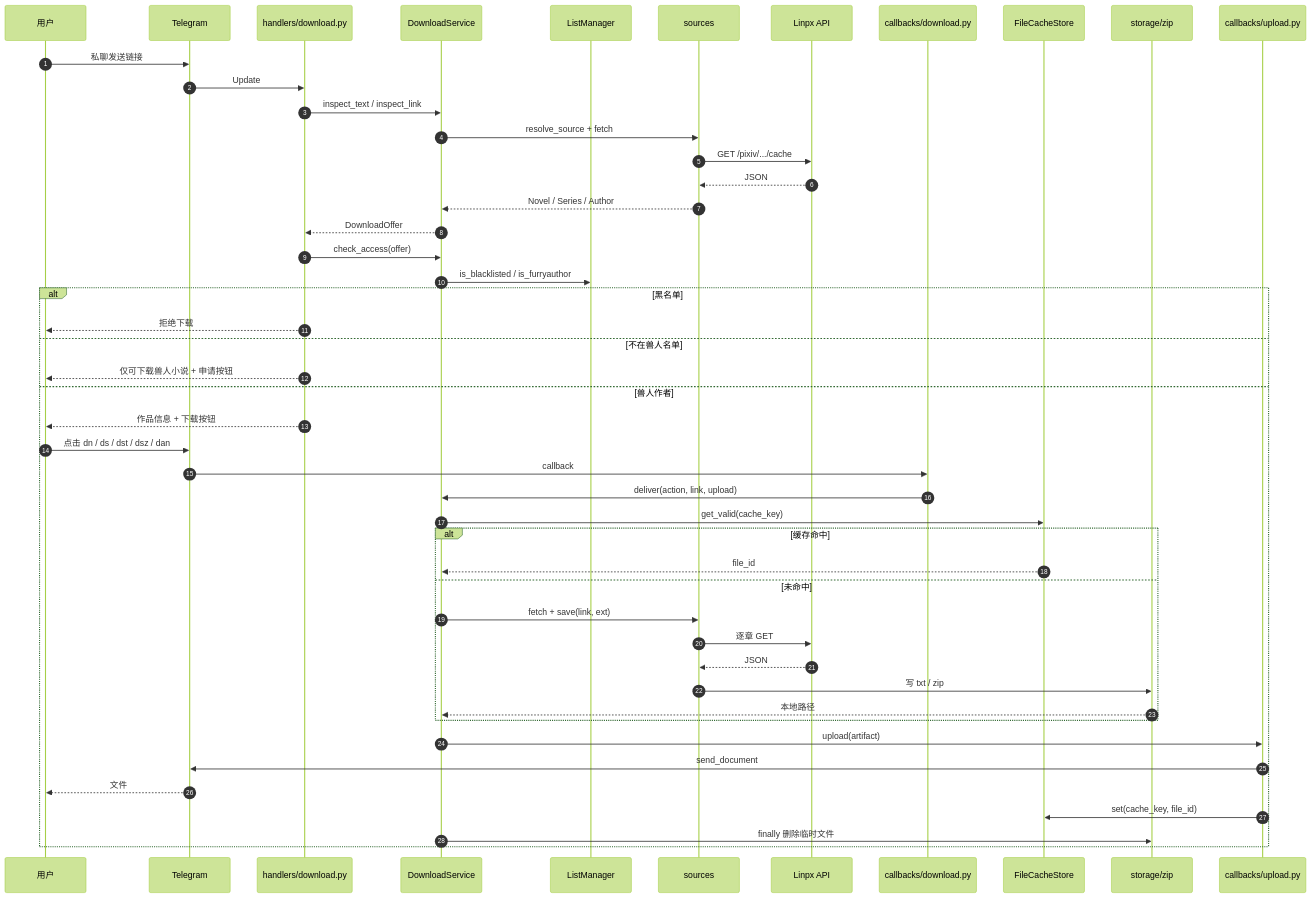
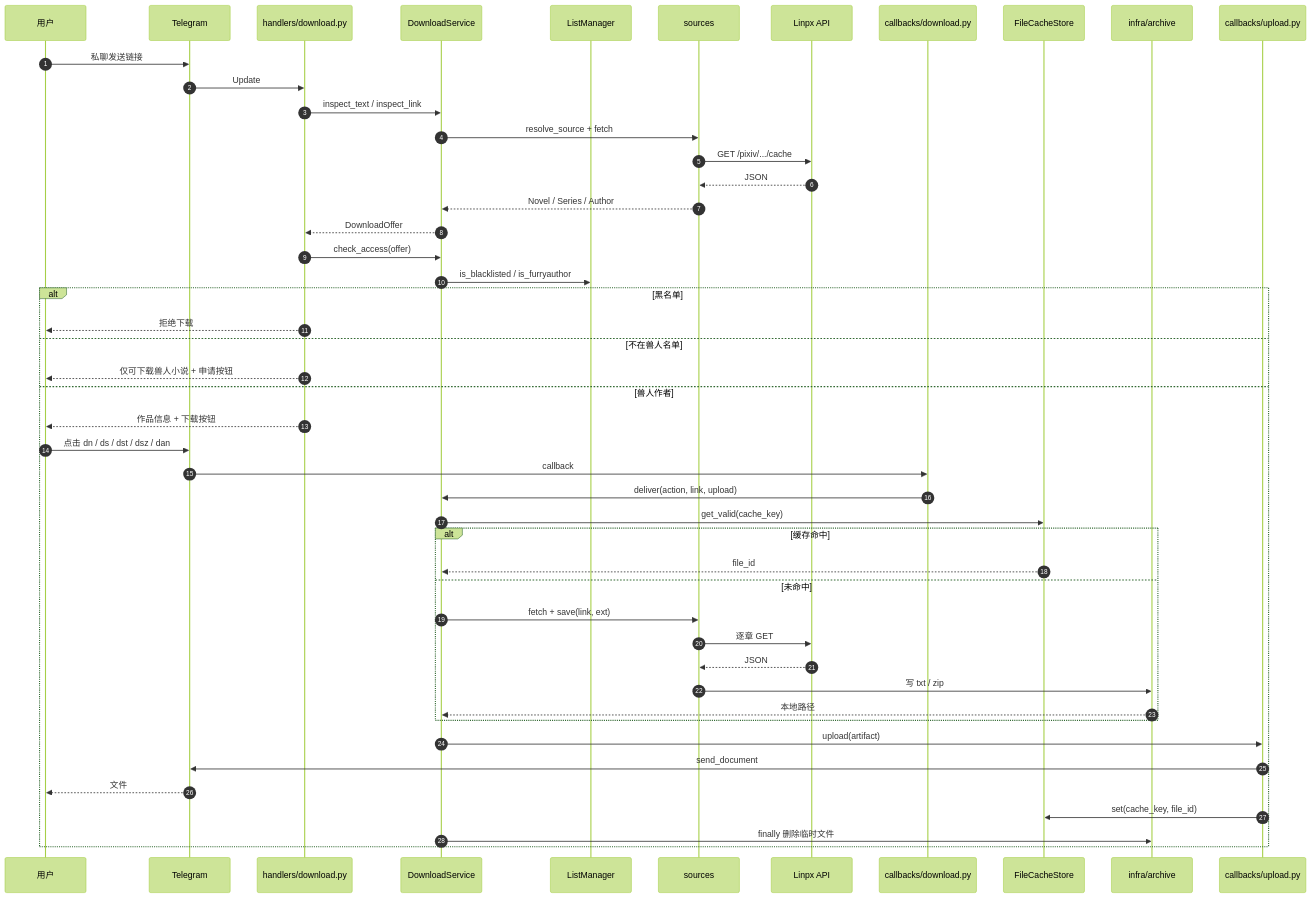
Before and after one commit to DowneyRem/FurryReadingBot: the second of 6 diagrams in docs/03-项目架构说明.md, drawn with Mermaid (forest theme). The commit also changed other lines of this file and 1 other file, not shown here.

First line of the commit message:
Docs：同步 storage / infra 拆分说明

````diff
--- a/docs/03-项目架构说明.md
+++ b/docs/03-项目架构说明.md
@@ -186,51 +192,51 @@
 ```mermaid
 sequenceDiagram
     autonumber
     participant U as 用户
     participant TG as Telegram
     participant H as handlers/download.py
     participant SVC as DownloadService
     participant L as ListManager
     participant S as sources
     participant API as Linpx API
     participant CB as callbacks/download.py
     participant C as FileCacheStore
-    participant FS as storage/zip
+    participant FS as infra/archive
     participant UP as callbacks/upload.py
 
     U->>TG: 私聊发送链接
     TG->>H: Update
     H->>SVC: inspect_text / inspect_link
     SVC->>S: resolve_source + fetch
     S->>API: GET /pixiv/.../cache
     API-->>S: JSON
     S-->>SVC: Novel / Series / Author
     SVC-->>H: DownloadOffer
     H->>SVC: check_access(offer)
     SVC->>L: is_blacklisted / is_furryauthor
     alt 黑名单
         H-->>U: 拒绝下载
     else 不在兽人名单
         H-->>U: 仅可下载兽人小说 + 申请按钮
     else 兽人作者
         H-->>U: 作品信息 + 下载按钮
         U->>TG: 点击 dn / ds / dst / dsz / dan
         TG->>CB: callback
         CB->>SVC: deliver(action, link, upload)
         SVC->>C: get_valid(cache_key)
         alt 缓存命中
             C-->>SVC: file_id
         else 未命中
             SVC->>S: fetch + save(link, ext)
             S->>API: 逐章 GET
             API-->>S: JSON
             S->>FS: 写 txt / zip
             FS-->>SVC: 本地路径
         end
         SVC->>UP: upload(artifact)
         UP->>TG: send_document
         TG-->>U: 文件
         UP->>C: set(cache_key, file_id)
         SVC->>FS: finally 删除临时文件
     end
 ```
````
